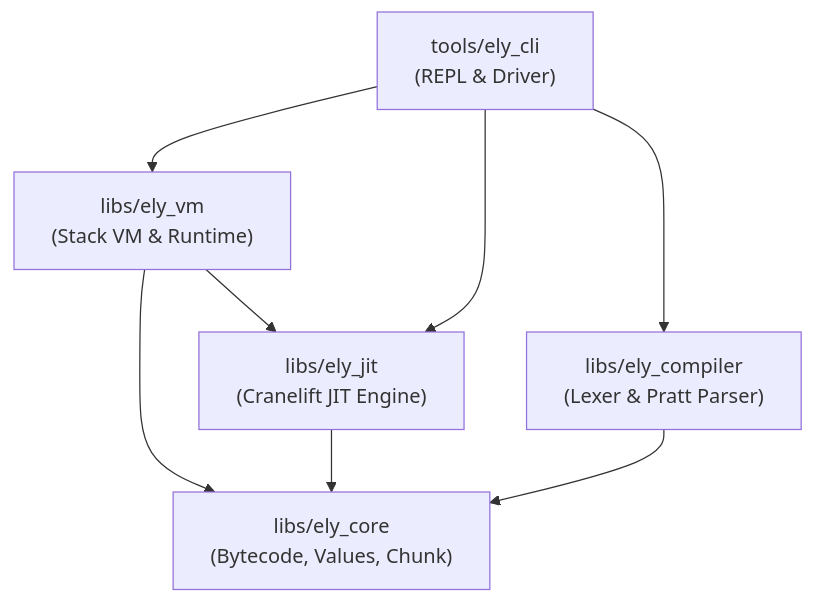
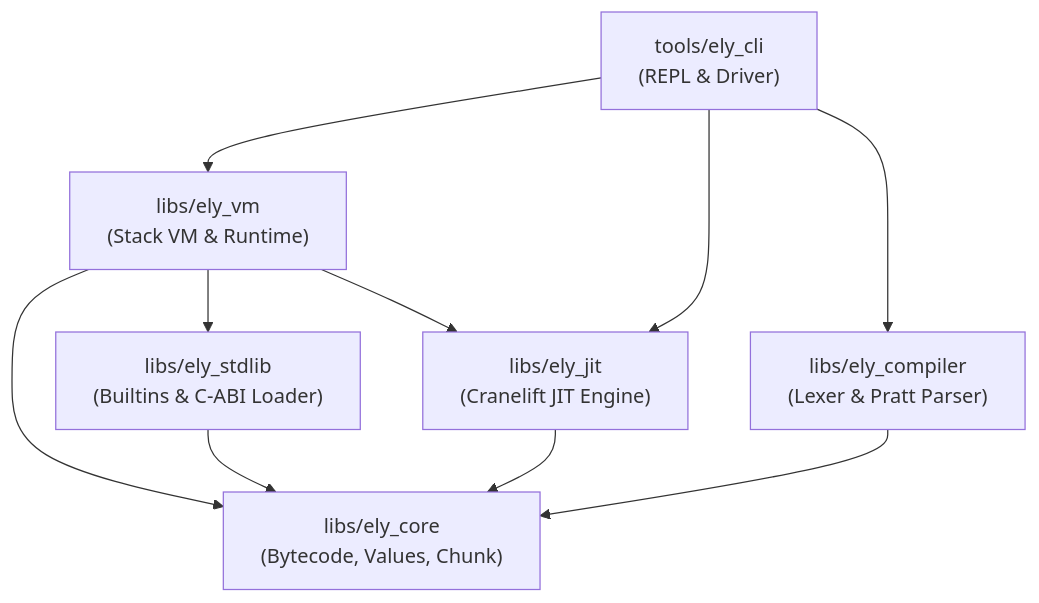
The first of 2 diagrams in docs/architecture.md (m4ce-w1ndu/elysabettian-rs), drawn with Mermaid before and after one commit. The commit also changed other lines of this file and 15 other files, not shown here.

First line of the commit message:
feat(stdlib): implement math and io modules with dynamic import and C-ABI loader

````diff
--- a/docs/architecture.md
+++ b/docs/architecture.md
@@ -11,10 +11,12 @@
 ```mermaid
 graph TD
     CLI["tools/ely_cli<br/>(REPL & Driver)"] --> VM["libs/ely_vm<br/>(Stack VM & Runtime)"]
     CLI --> JIT["libs/ely_jit<br/>(Cranelift JIT Engine)"]
     CLI --> COMP["libs/ely_compiler<br/>(Lexer & Pratt Parser)"]
     VM --> CORE["libs/ely_core<br/>(Bytecode, Values, Chunk)"]
+    VM --> STDLIB["libs/ely_stdlib<br/>(Builtins & C-ABI Loader)"]
     VM --> JIT
+    STDLIB --> CORE
     JIT --> CORE
     COMP --> CORE
 ```
````
